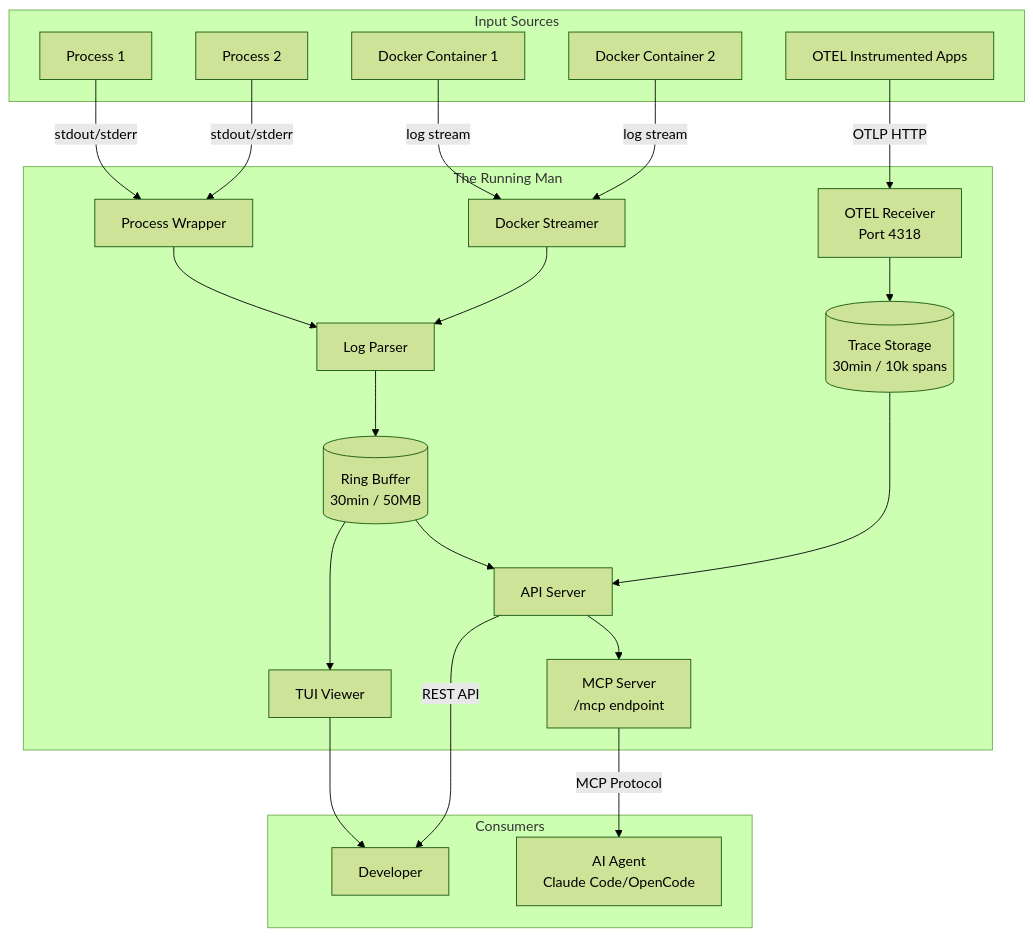
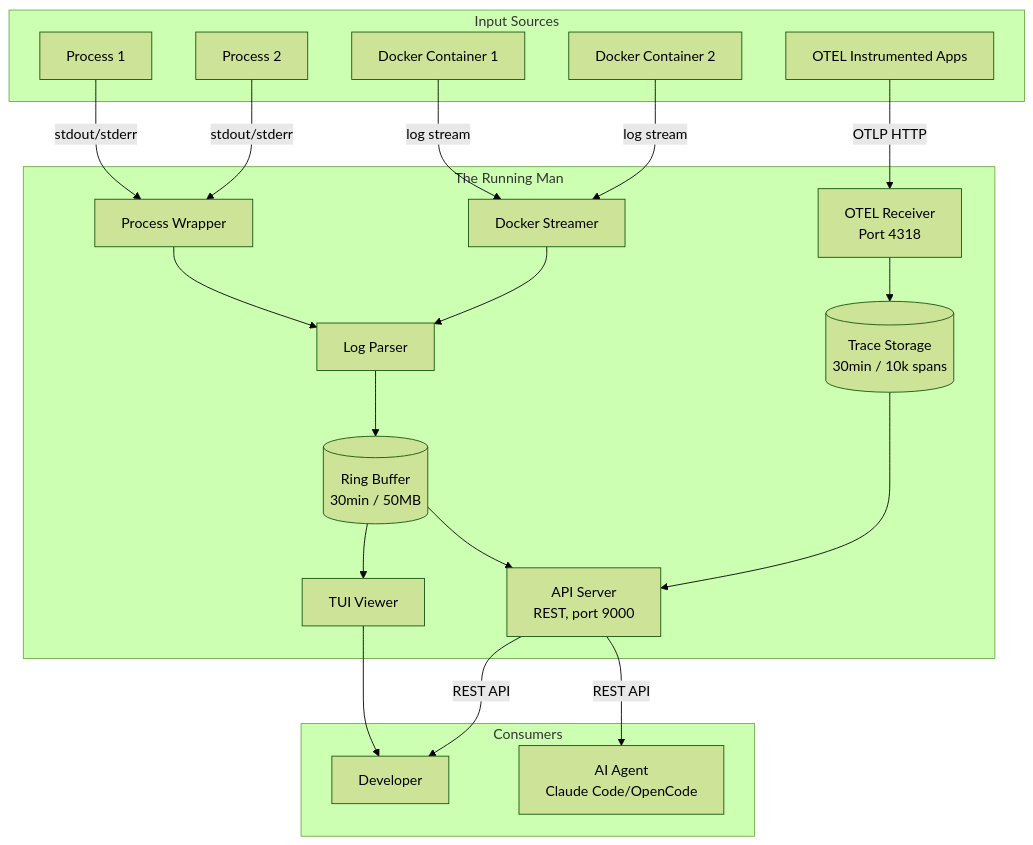
One commit to elbeanio/the_running_man changed the diagram in docs/architecture.md. Above: the diagram before and after it, drawn with Mermaid (forest theme). The commit also changed other lines of this file and 25 other files, not shown here.

First line of the commit message:
Remove the MCP server; REST API becomes the only agent interface (re-target of #17) (#19)

````diff
--- a/docs/architecture.md
+++ b/docs/architecture.md
@@ -5,46 +5,44 @@
 ```mermaid
 graph TB
     subgraph "Input Sources"
         P1[Process 1]
         P2[Process 2]
         D1[Docker Container 1]
         D2[Docker Container 2]
         OTEL[OTEL Instrumented Apps]
     end
     
     subgraph "The Running Man"
         PW[Process Wrapper]
         DS[Docker Streamer]
         OTEL_REC[OTEL Receiver<br/>Port 4318]
         PARSER[Log Parser]
         BUFFER[(Ring Buffer<br/>30min / 50MB)]
         TRACE_STORE[(Trace Storage<br/>30min / 10k spans)]
-        API[API Server]
-        MCP[MCP Server<br/>/mcp endpoint]
+        API[API Server<br/>REST, port 9000]
         TUI[TUI Viewer]
         
         P1 -->|stdout/stderr| PW
         P2 -->|stdout/stderr| PW
         D1 -->|log stream| DS
         D2 -->|log stream| DS
         OTEL -->|OTLP HTTP| OTEL_REC
         
         PW --> PARSER
         DS --> PARSER
         PARSER --> BUFFER
         OTEL_REC --> TRACE_STORE
         BUFFER --> API
         TRACE_STORE --> API
-        API --> MCP
         BUFFER --> TUI
     end
     
     subgraph "Consumers"
         AGENT[AI Agent<br/>Claude Code/OpenCode]
         USER[Developer]
         
-        MCP -->|MCP Protocol| AGENT
+        API -->|REST API| AGENT
         API -->|REST API| USER
         TUI --> USER
     end
 ```
````
